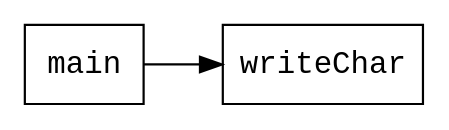
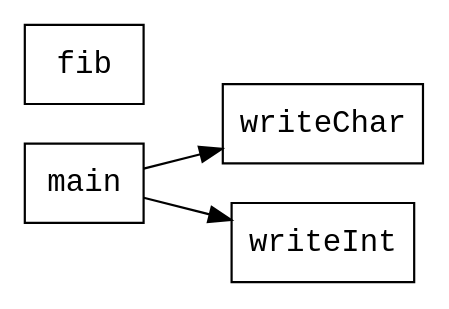
Before and after one commit to ArtemkaSheremetev/ProgLangs: the diagram in build/callgraph.dot, drawn with Graphviz. The commit also changed 112 other files, not shown here.

```diff
--- a/build/callgraph.dot
+++ b/build/callgraph.dot
@@ -1,9 +1,11 @@
 digraph CallGraph {
   rankdir=LR;
   node [shape=box, fontname="Courier"];
 
   "main";
+  "fib";
 
   // edges
   "main" -> "writeChar";
+  "main" -> "writeInt";
 }
```
